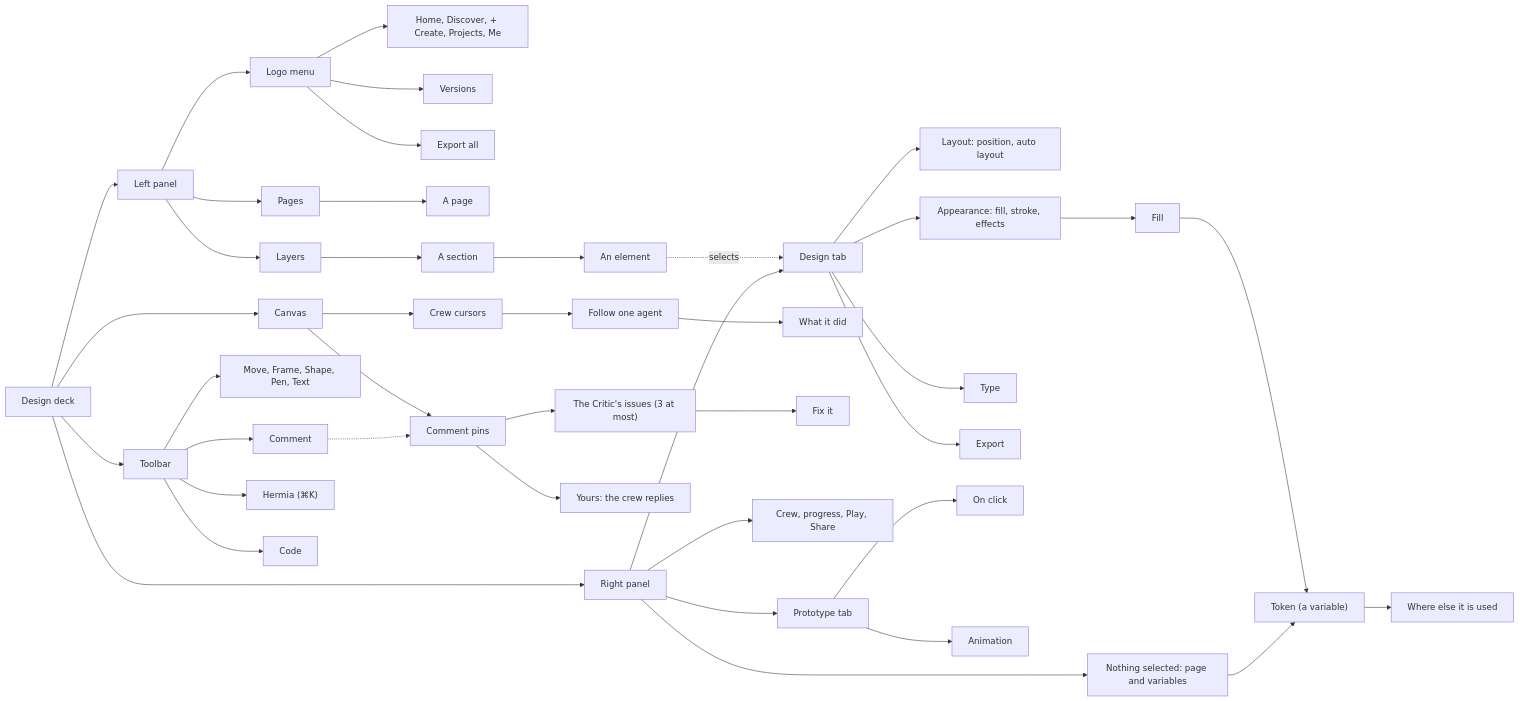
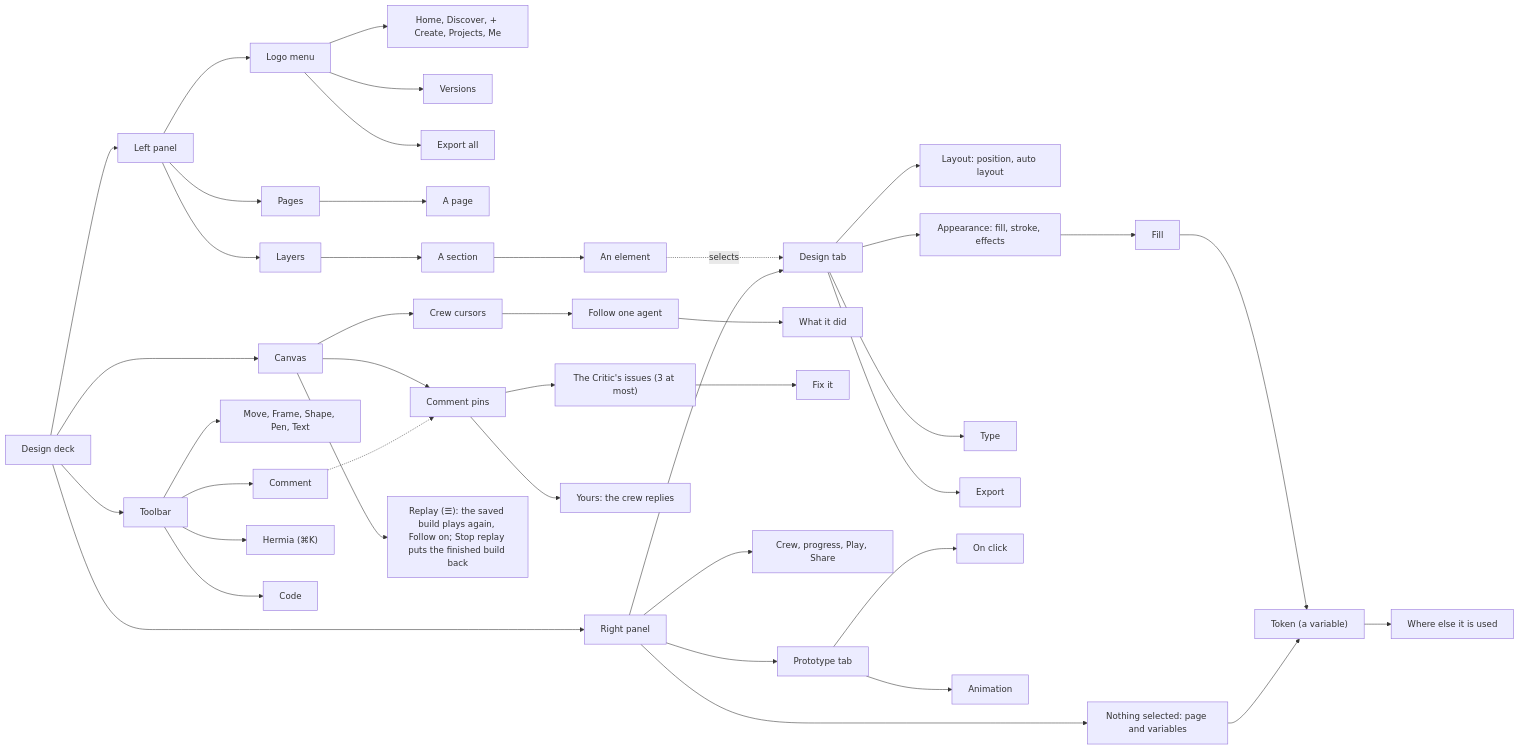
One commit to Pukujan/swarm-studio changed diagram 12 of 26 in docs/ux/SITEMAP.md. Above: the diagram before and after it, drawn with Mermaid. The commit also changed other lines of this file and 5 other files, not shown here.

First line of the commit message:
Replay: watch a finished build again from the menu

````diff
--- a/docs/ux/SITEMAP.md
+++ b/docs/ux/SITEMAP.md
@@ -347,43 +349,44 @@
 ```mermaid
 flowchart LR
   DD[Design deck] --> LP[Left panel]
   DD --> CV[Canvas]
   DD --> TB[Toolbar]
   DD --> RP[Right panel]
   LP --> LM[Logo menu]
   LP --> PG[Pages]
   LP --> LY[Layers]
   LM --> LM1["Home, Discover, + Create, Projects, Me"]
   LM --> LM2[Versions]
   LM --> LM3[Export all]
   PG --> PA[A page]
   LY --> SC[A section]
   SC --> EL[An element]
   EL -.->|selects| DT
   CV --> CU[Crew cursors]
   CV --> PIN[Comment pins]
   CU --> FO[Follow one agent]
+  CV --> RPL["Replay (☰): the saved build plays again, Follow on; Stop replay puts the finished build back"]
   FO --> TR[What it did]
   PIN --> YT["Yours: the crew replies"]
   PIN --> CI["The Critic's issues (3 at most)"]
   CI --> FX[Fix it]
   TB --> T1["Move, Frame, Shape, Pen, Text"]
   TB --> T2[Comment]
   TB --> T3["Hermia (⌘K)"]
   TB --> T4[Code]
   T2 -.-> PIN
   RP --> TOP["Crew, progress, Play, Share"]
   RP --> NS["Nothing selected: page and variables"]
   RP --> DT[Design tab]
   RP --> PT[Prototype tab]
   DT --> LA["Layout: position, auto layout"]
   DT --> AP["Appearance: fill, stroke, effects"]
   DT --> TY[Type]
   DT --> EX[Export]
   AP --> FI[Fill]
   FI --> TK["Token (a variable)"]
   NS --> TK
   TK --> TU[Where else it is used]
   PT --> OC[On click]
   PT --> AN[Animation]
 ```
````
